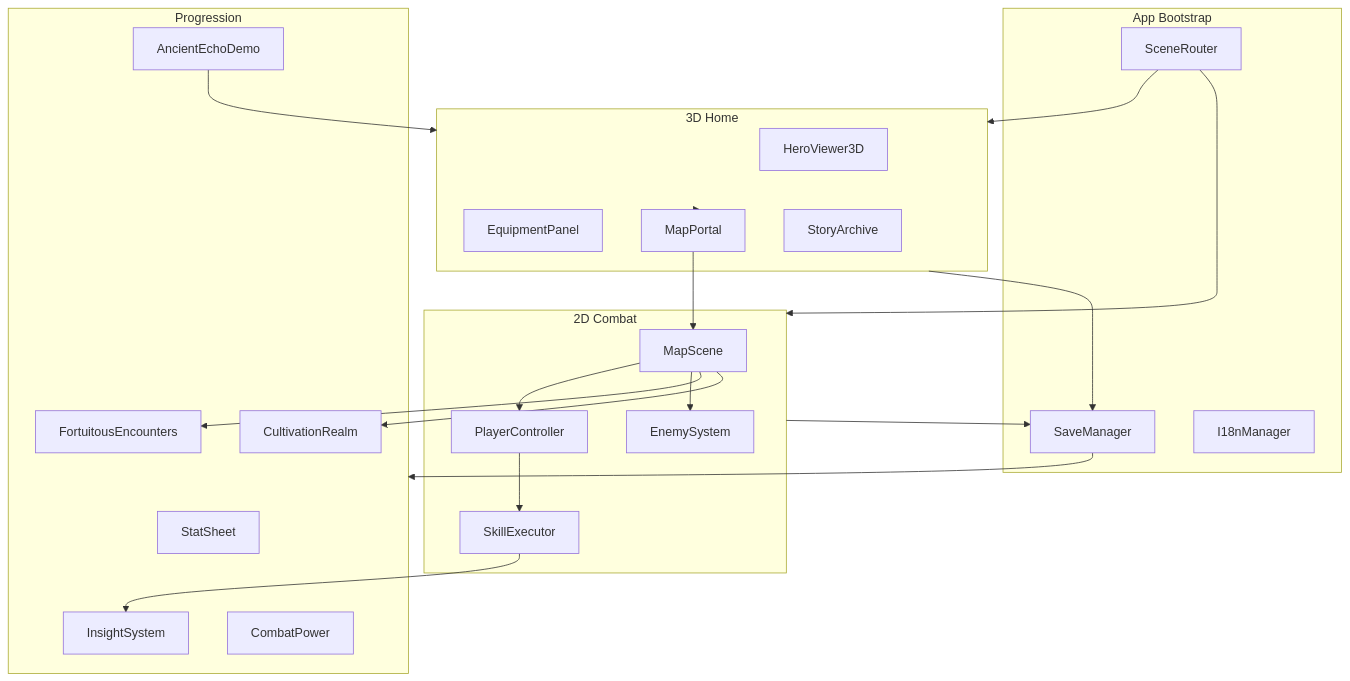
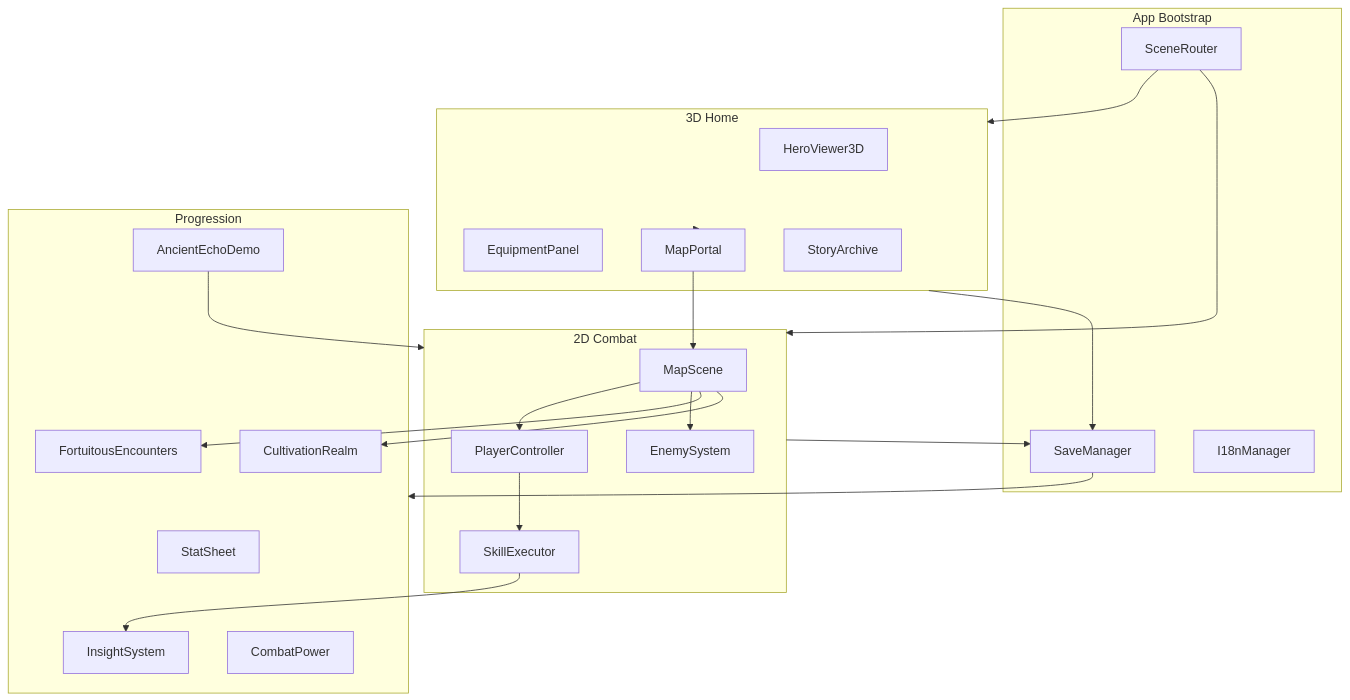
The diagram in master-plan.md (hoanganh25991/path-of-dao), drawn with Mermaid before and after one commit. The commit also changed other lines of this file and 22 other files, not shown here.

````diff
--- a/master-plan.md
+++ b/master-plan.md
@@ -118,46 +118,46 @@
 ```mermaid
 flowchart TB
     subgraph bootstrap [App Bootstrap]
         Router[SceneRouter]
         Save[SaveManager]
         I18n[I18nManager]
     end
 
     subgraph home [3D Home]
         HeroViewer[HeroViewer3D]
         EquipUI[EquipmentPanel]
         MapPortal[MapPortal]
         StoryArchive[StoryArchive]
     end
 
     subgraph combat [2D Combat]
         MapScene[MapScene]
         Player[PlayerController]
         Enemies[EnemySystem]
         Skills[SkillExecutor]
     end
 
     subgraph progression [Progression]
         Stats[StatSheet]
         Realm[CultivationRealm]
         Insight[InsightSystem]
         Encounters[FortuitousEncounters]
         AncientEcho[AncientEchoDemo]
         CP[CombatPower]
     end
 
     Router --> home
     Router --> combat
     Save --> progression
     home --> MapPortal
-    AncientEcho --> home
+    AncientEcho --> combat
     MapPortal --> MapScene
     MapScene --> Player
     MapScene --> Enemies
     Player --> Skills
     Skills --> Insight
     MapScene --> Encounters
     MapScene --> Realm
     combat --> Save
     home --> Save
 ```
````
